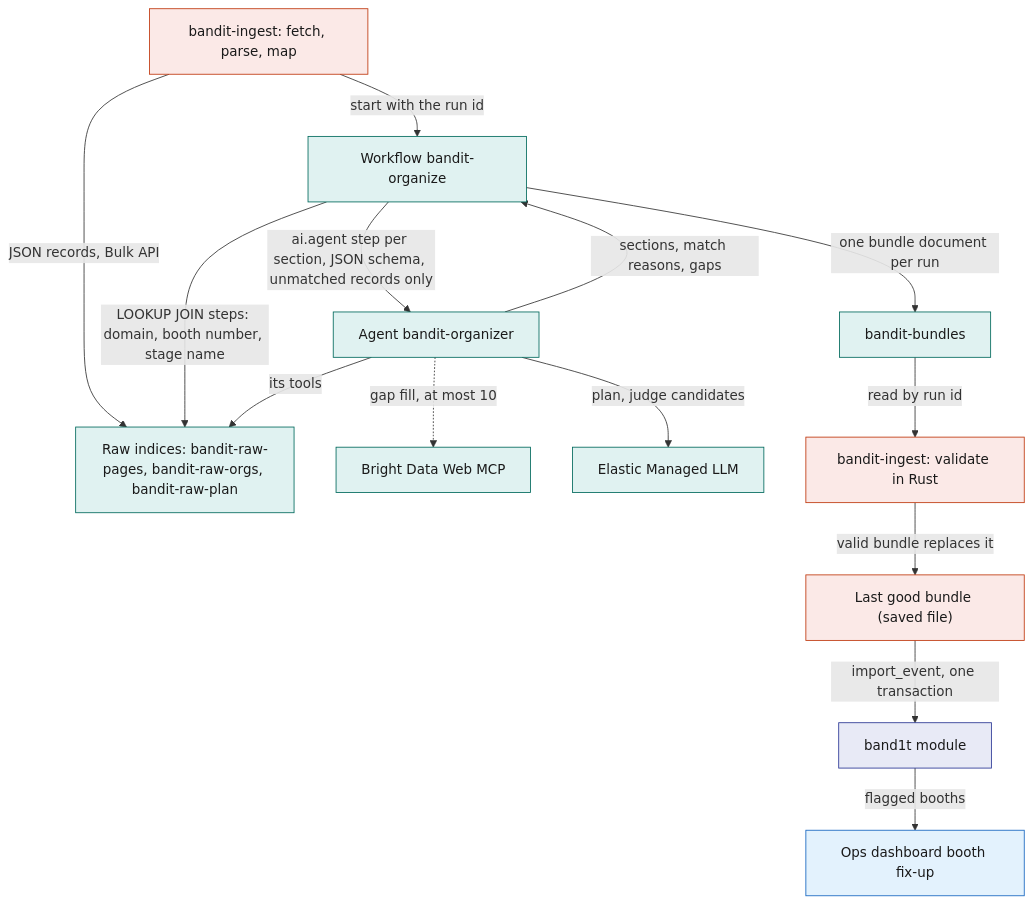
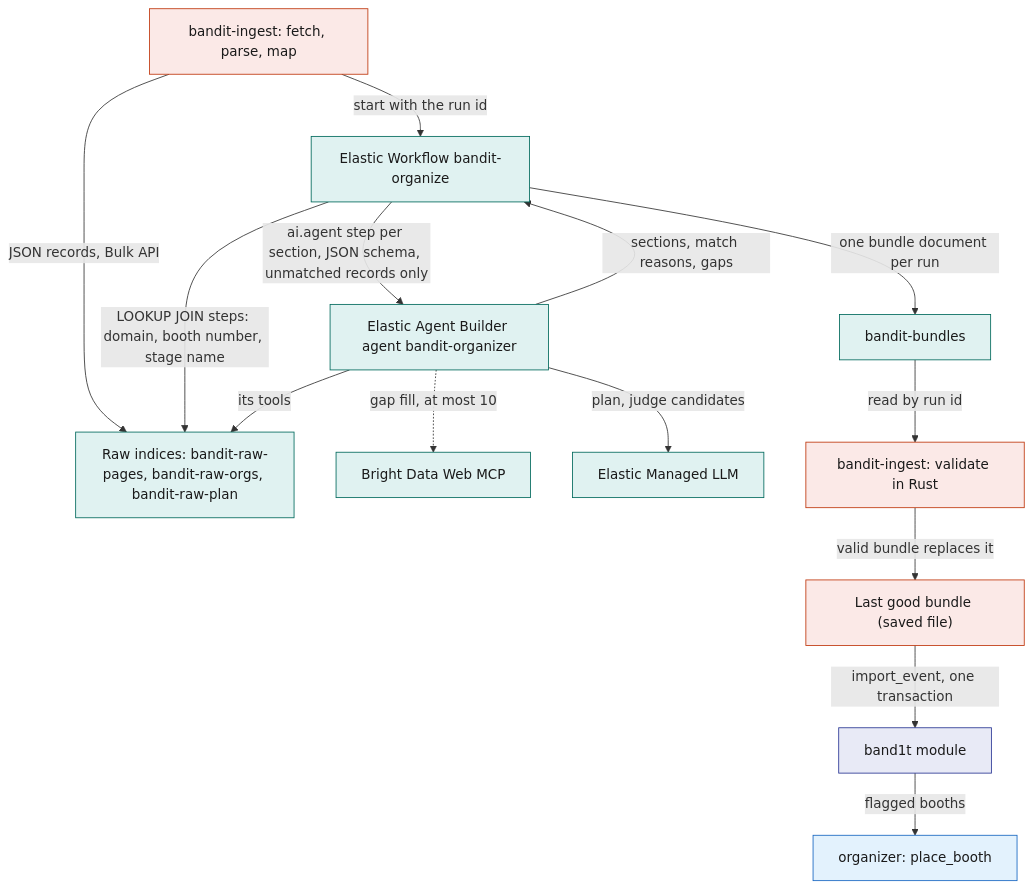
One commit to viktorinkov/cal-hacks-13 changed the first of 5 diagrams in System Design/7-integrations/Elastic.md. Above: the diagram before and after it, drawn with Mermaid. The commit also changed other lines of this file and 26 other files, not shown here.

````diff
--- a/System Design/7-integrations/Elastic.md
+++ b/System Design/7-integrations/Elastic.md
@@ -91,24 +111,24 @@
 ```mermaid
 flowchart TB
   ING["bandit-ingest: fetch, parse, map"] -->|"JSON records, Bulk API"| RAW["Raw indices: bandit-raw-pages, bandit-raw-orgs, bandit-raw-plan"]
-  ING -->|"start with the run id"| WF["Workflow bandit-organize"]
+  ING -->|"start with the run id"| WF["Elastic Workflow bandit-organize"]
   WF -->|"LOOKUP JOIN steps: domain, booth number, stage name"| RAW
-  WF -->|"ai.agent step per section, JSON schema, unmatched records only"| AG["Agent bandit-organizer"]
+  WF -->|"ai.agent step per section, JSON schema, unmatched records only"| AG["Elastic Agent Builder agent bandit-organizer"]
   AG -->|"its tools"| RAW
   AG -.->|"gap fill, at most 10"| BDM["Bright Data Web MCP"]
   AG -->|"plan, judge candidates"| LLM["Elastic Managed LLM"]
   AG -->|"sections, match reasons, gaps"| WF
   WF -->|"one bundle document per run"| BUN["bandit-bundles"]
   BUN -->|"read by run id"| VAL["bandit-ingest: validate in Rust"]
   VAL -->|"valid bundle replaces it"| GOOD["Last good bundle (saved file)"]
   GOOD -->|"import_event, one transaction"| STDB["band1t module"]
-  STDB -->|"flagged booths"| FIX["Ops dashboard booth fix-up"]
+  STDB -->|"flagged booths"| FIX["organizer: place_booth"]
   classDef rust fill:#FBE9E7,stroke:#BF360C,color:#1A1A1A
   classDef stdb fill:#E8EAF6,stroke:#283593,color:#1A1A1A
   classDef web fill:#E3F2FD,stroke:#1565C0,color:#1A1A1A
   classDef ext fill:#E0F2F1,stroke:#00695C,color:#1A1A1A
   class ING,VAL,GOOD rust
   class STDB stdb
   class FIX web
   class RAW,WF,AG,LLM,BUN,BDM ext
 ```
````
